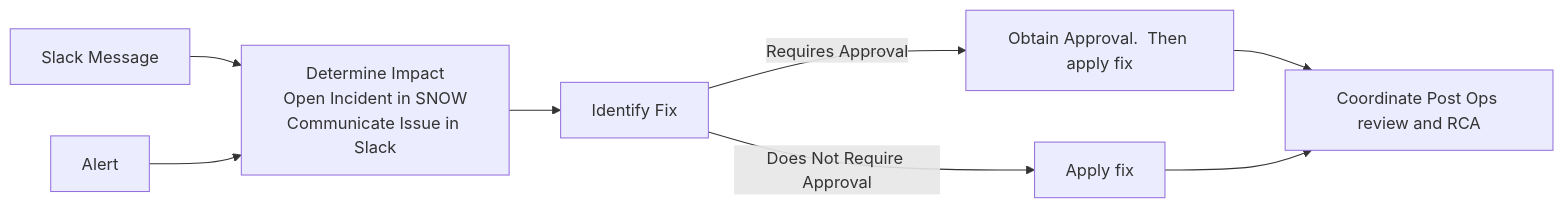
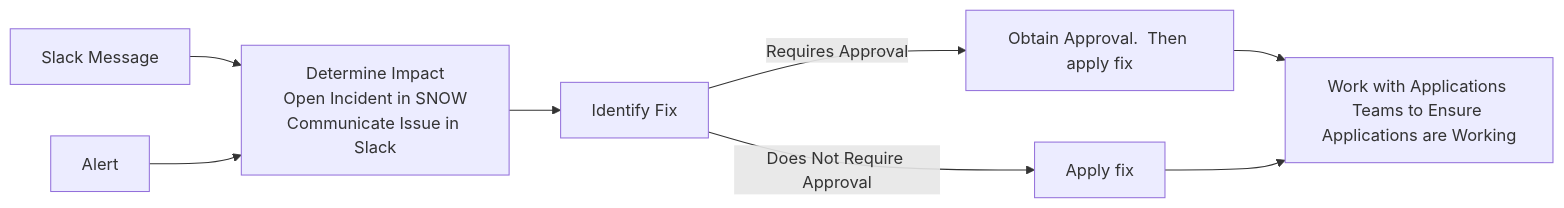
One commit to lsst-dm/dmtn-316 changed the third of 3 diagrams in index.md. Above: the diagram before and after it, drawn with Mermaid. The commit also changed other lines of this file, not shown here.

````diff
--- a/index.md
+++ b/index.md
@@ -219,12 +227,12 @@
 ```mermaid
 flowchart LR;
     A[Slack Message]-->C[Determine Impact];
     B[Alert]-->C["`Determine Impact
     Open Incident in SNOW
     Communicate Issue in Slack`"];
     C --> D[Identify Fix];
     D -- Requires Approval --> E[Obtain Approval.  Then apply fix];
     D -- Does Not Require Approval --> F[Apply fix];
-    E --> G[Coordinate Post Ops review and RCA];
-    F --> G[Coordinate Post Ops review and RCA];
+    E --> G[Work with Applications Teams to Ensure Applications are Working]
+    F --> G[Work with Applications Teams to Ensure Applications are Working]
 ```
````
